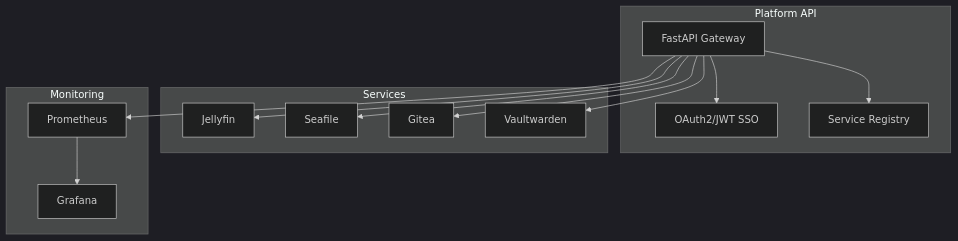
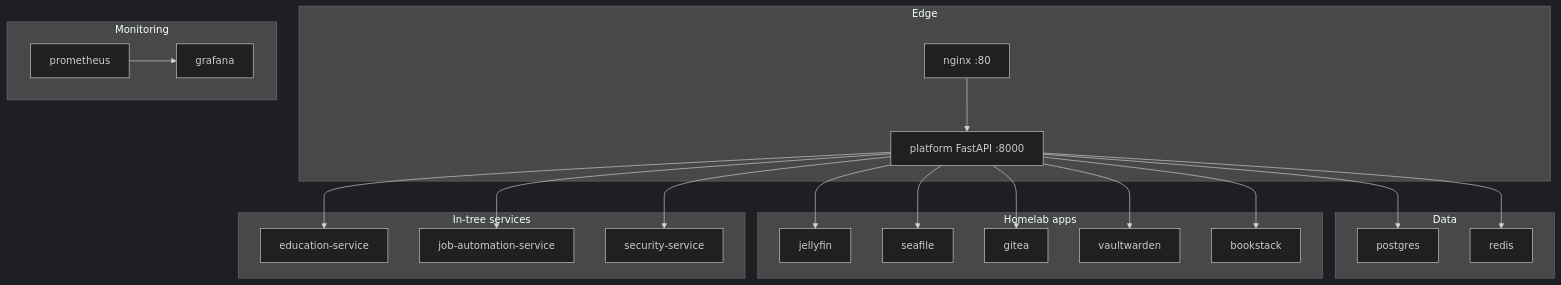
The diagram in README.md (ManintheCrowds/media-ops-platform), drawn with Mermaid (dark theme) before and after one commit. The commit also changed other lines of this file and 3 other files, not shown here.

First line of the commit message:
docs: lead README with Platform API, not CaptionPipeline workers (#129)

````diff
--- a/README.md
+++ b/README.md
@@ -47,26 +17,39 @@
 ```mermaid
 flowchart TB
-  subgraph platform [Platform API]
-    API[FastAPI Gateway]
-    Auth[OAuth2/JWT SSO]
-    Registry[Service Registry]
+  subgraph edge [Edge]
+    NGX[nginx :80]
+    API[platform FastAPI :8000]
   end
-  subgraph services [Services]
-    Jellyfin[Jellyfin]
-    Seafile[Seafile]
-    Gitea[Gitea]
-    Vaultwarden[Vaultwarden]
+  subgraph data [Data]
+    PG[postgres]
+    R[redis]
   end
-  subgraph monitor [Monitoring]
-    Prom[Prometheus]
-    Grafana[Grafana]
+  subgraph apps [Homelab apps]
+    JF[jellyfin]
+    SF[seafile]
+    GT[gitea]
+    VW[vaultwarden]
+    BS[bookstack]
   end
-  API --> Auth
-  API --> Registry
-  API --> Jellyfin
-  API --> Seafile
-  API --> Gitea
-  API --> Vaultwarden
-  API --> Prom
-  Prom --> Grafana
+  subgraph extras [In-tree services]
+    EDU[education-service]
+    JOB[job-automation-service]
+    SEC[security-service]
+  end
+  subgraph mon [Monitoring]
+    PROM[prometheus]
+    GRAF[grafana]
+  end
+  NGX --> API
+  API --> PG
+  API --> R
+  API --> JF
+  API --> SF
+  API --> GT
+  API --> VW
+  API --> BS
+  API --> EDU
+  API --> JOB
+  API --> SEC
+  PROM --> GRAF
 ```
````
